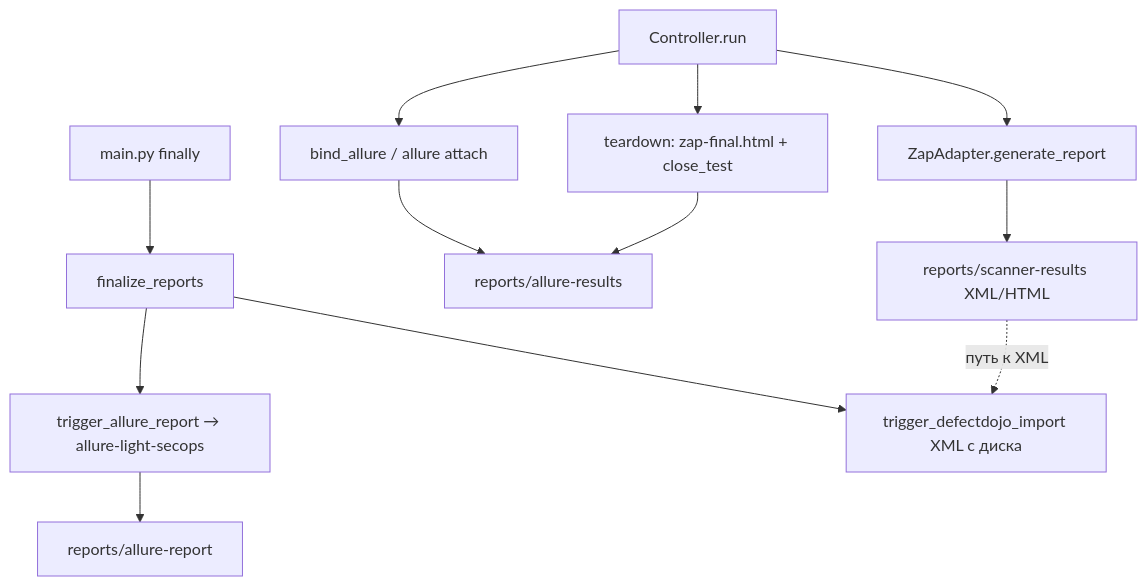
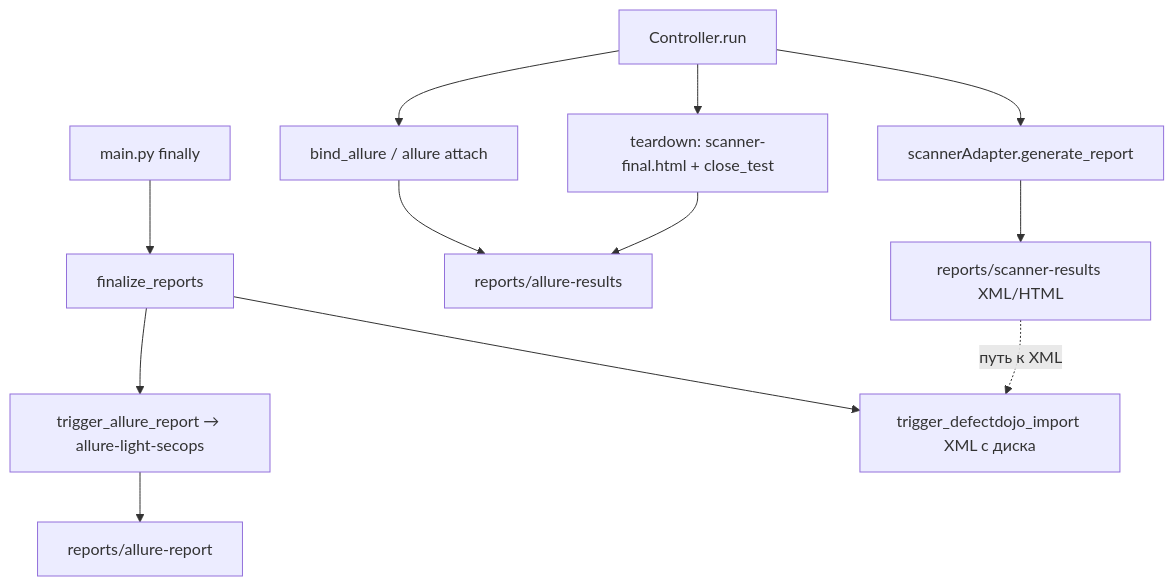
The second of 3 diagrams in docs/prettyk.md (prettyk-io/prettyk-secops), drawn with Mermaid before and after one commit. The commit also changed other lines of this file and 638 other files, not shown here.

````diff
--- a/docs/prettyk.md
+++ b/docs/prettyk.md
@@ -109,15 +109,15 @@
 ```mermaid
 flowchart TD
   Ctrl[Controller.run] --> Bind[bind_allure / allure attach]
-  Ctrl --> ZapGen[ZapAdapter.generate_report]
-  ZapGen --> Disk["reports/scanner-results XML/HTML"]
+  Ctrl --> scannerGen[scannerAdapter.generate_report]
+  scannerGen --> Disk["reports/scanner-results XML/HTML"]
   Bind --> Results["reports/allure-results"]
-  Ctrl --> Teardown["teardown: zap-final.html + close_test"]
+  Ctrl --> Teardown["teardown: scanner-final.html + close_test"]
   Teardown --> Results
 
   Main[main.py finally] --> Fin["finalize_reports"]
   Fin --> AllureGen["trigger_allure_report → allure-light-secops"]
   AllureGen --> HtmlReport["reports/allure-report"]
   Fin --> Dojo["trigger_defectdojo_import XML с диска"]
   Disk -.->|путь к XML| Dojo
 ```
````
